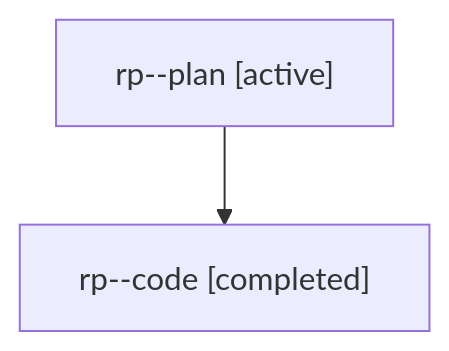
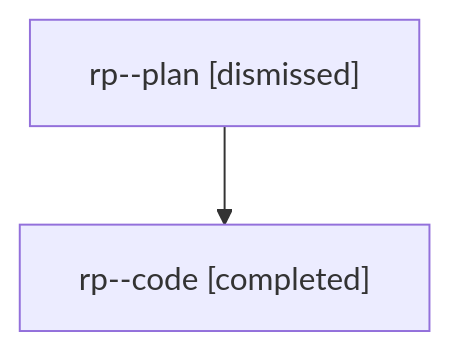
The diagram in sessions/bbugyi200.athena.rp.md (sase-org/sase--agents), drawn with Mermaid before and after one commit. The commit also changed other lines of this file and 28 other files, not shown here.

````diff
--- a/sessions/bbugyi200.athena.rp.md
+++ b/sessions/bbugyi200.athena.rp.md
@@ -9,6 +9,6 @@
 ```mermaid
 flowchart TD
-  n0["rp--plan [active]"]
+  n0["rp--plan [dismissed]"]
   n1["rp--code [completed]"]
   n0 --> n1
 ```
````
